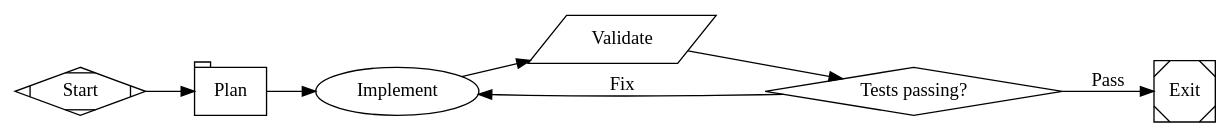
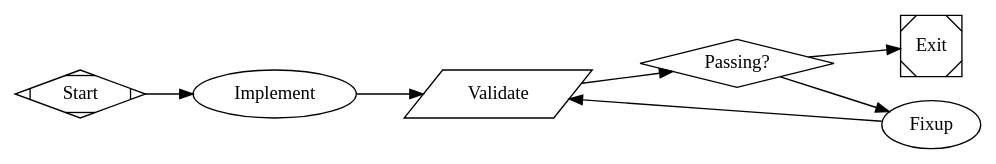
One commit to happybigmtn/raspberry changed the third of 6 diagrams in skills/fabro-create-workflow/references/example-workflows.md. Above: the diagram before and after it, drawn with Graphviz. The commit also changed other lines of this file and 75 other files, not shown here.

````diff
--- a/skills/fabro-create-workflow/references/example-workflows.md
+++ b/skills/fabro-create-workflow/references/example-workflows.md
@@ -47,18 +47,19 @@
 ```dot
-digraph BranchLoop {
-    graph [goal="Create a Python script that passes its test suite"]
+digraph RepairLoop {
+    graph [goal="Implement the change and make tests pass"]
     rankdir=LR
 
     start [shape=Mdiamond, label="Start"]
     exit  [shape=Msquare, label="Exit"]
 
-    plan      [label="Plan", prompt="Plan a small Python script (fizzbuzz.py) and a test file (test_fizzbuzz.py) using pytest. Describe what you will create.", shape=tab, reasoning_effort="low"]
-    implement [label="Implement", prompt="Create fizzbuzz.py and test_fizzbuzz.py as planned. Write the files to disk."]
-    validate  [label="Validate", shape=parallelogram, script="python3 -m pytest test_fizzbuzz.py -v 2>&1 || true"]
-    gate      [shape=diamond, label="Tests passing?"]
+    implement [label="Implement", prompt="Implement the requested change."]
+    validate  [shape=parallelogram, label="Validate", script="cargo test 2>&1 || true"]
+    gate      [shape=diamond, label="Passing?"]
+    fixup     [label="Fixup", prompt="Read the failures and fix them.", max_visits=3]
 
-    start -> plan -> implement -> validate -> gate
-    gate -> exit      [label="Pass", condition="outcome=success"]
-    gate -> implement [label="Fix"]
+    start -> implement -> validate -> gate
+    gate -> exit  [condition="outcome=success"]
+    gate -> fixup
+    fixup -> validate
 }
 ```
````
